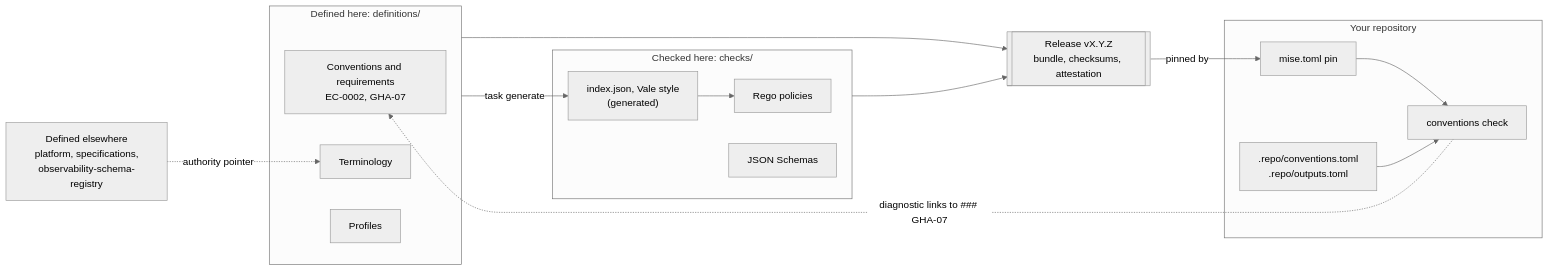
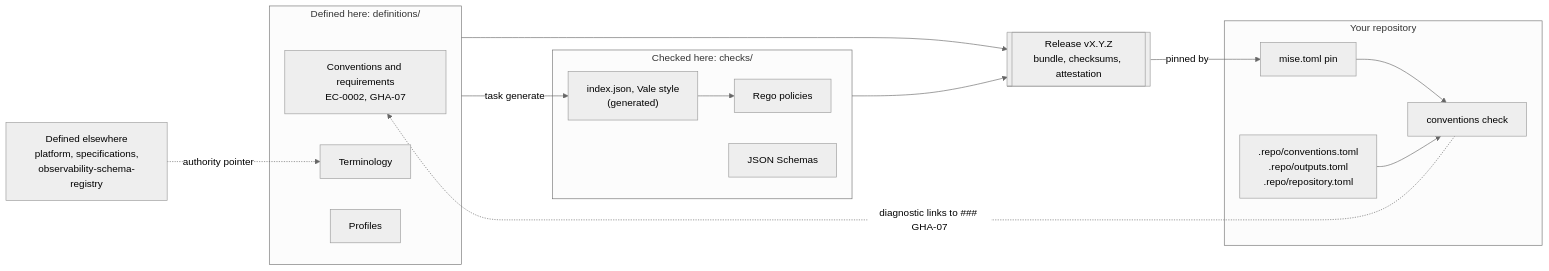
Before and after one commit to musher-dev/engineering-conventions: the diagram in README.md, drawn with Mermaid (neutral theme). The commit also changed other lines of this file and 96 other files, not shown here.

````diff
--- a/README.md
+++ b/README.md
@@ -54,30 +54,30 @@
 ```mermaid
 flowchart LR
   subgraph defined["Defined here: definitions/"]
     conventions["Conventions and requirements<br/>EC-0002, GHA-07"]
     terminology["Terminology"]
     profiles["Profiles"]
   end
   subgraph checked["Checked here: checks/"]
     rego["Rego policies"]
     schemas["JSON Schemas"]
     generated["index.json, Vale style<br/>(generated)"]
   end
   release[["Release vX.Y.Z<br/>bundle, checksums, attestation"]]
   subgraph yours["Your repository"]
     pin["mise.toml pin"]
-    declarations[".repo/conventions.toml<br/>.repo/outputs.toml"]
+    declarations[".repo/conventions.toml<br/>.repo/outputs.toml<br/>.repo/repository.toml"]
     check["conventions check"]
   end
   upstream["Defined elsewhere<br/>platform, specifications,<br/>observability-schema-registry"]
 
   defined -- "task generate" --> generated
   generated --> rego
   defined --> release
   checked --> release
   release -- "pinned by" --> pin
   pin --> check
   declarations --> check
   check -. "diagnostic links to ### GHA-07" .-> conventions
   upstream -. "authority pointer" .-> terminology
 ```
````
